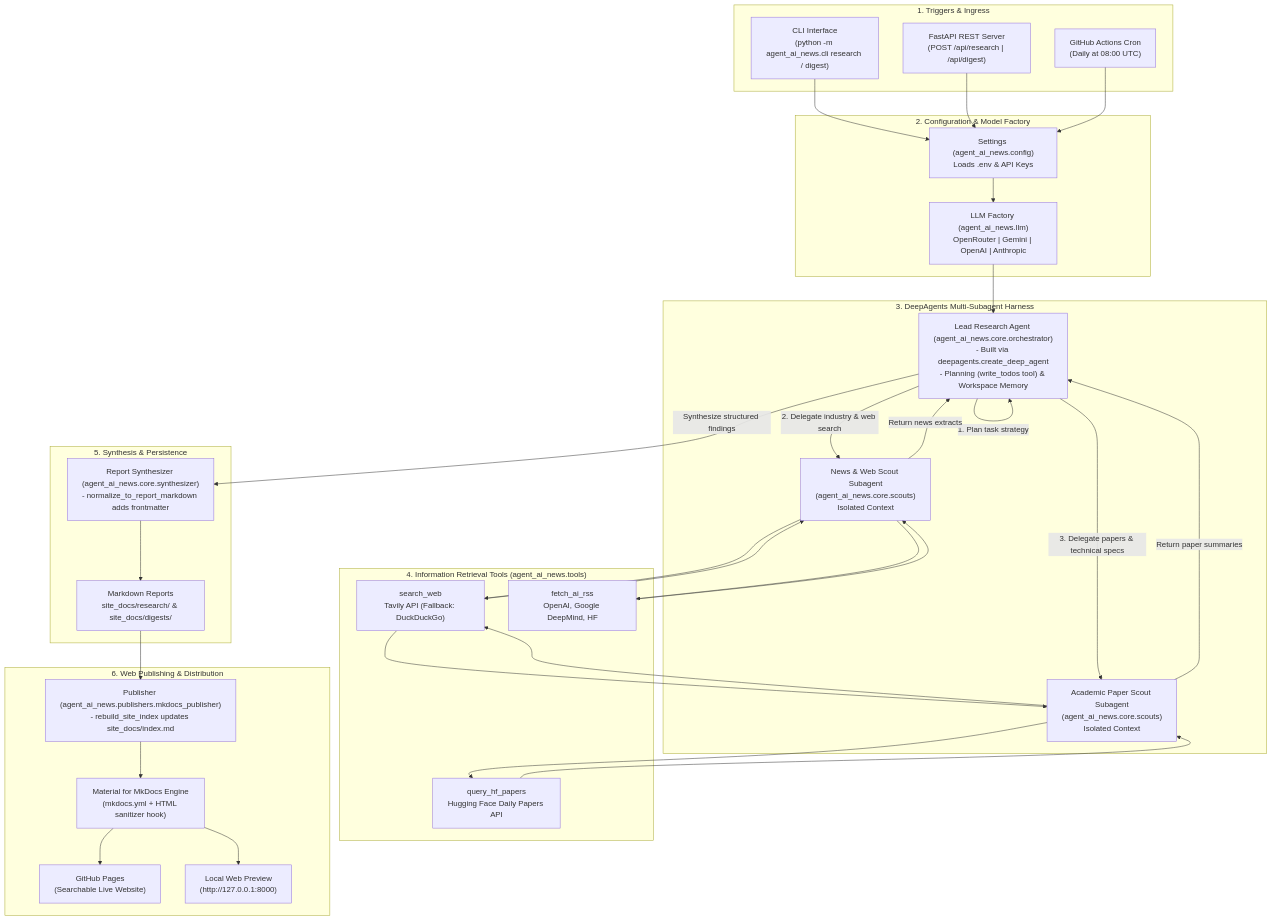
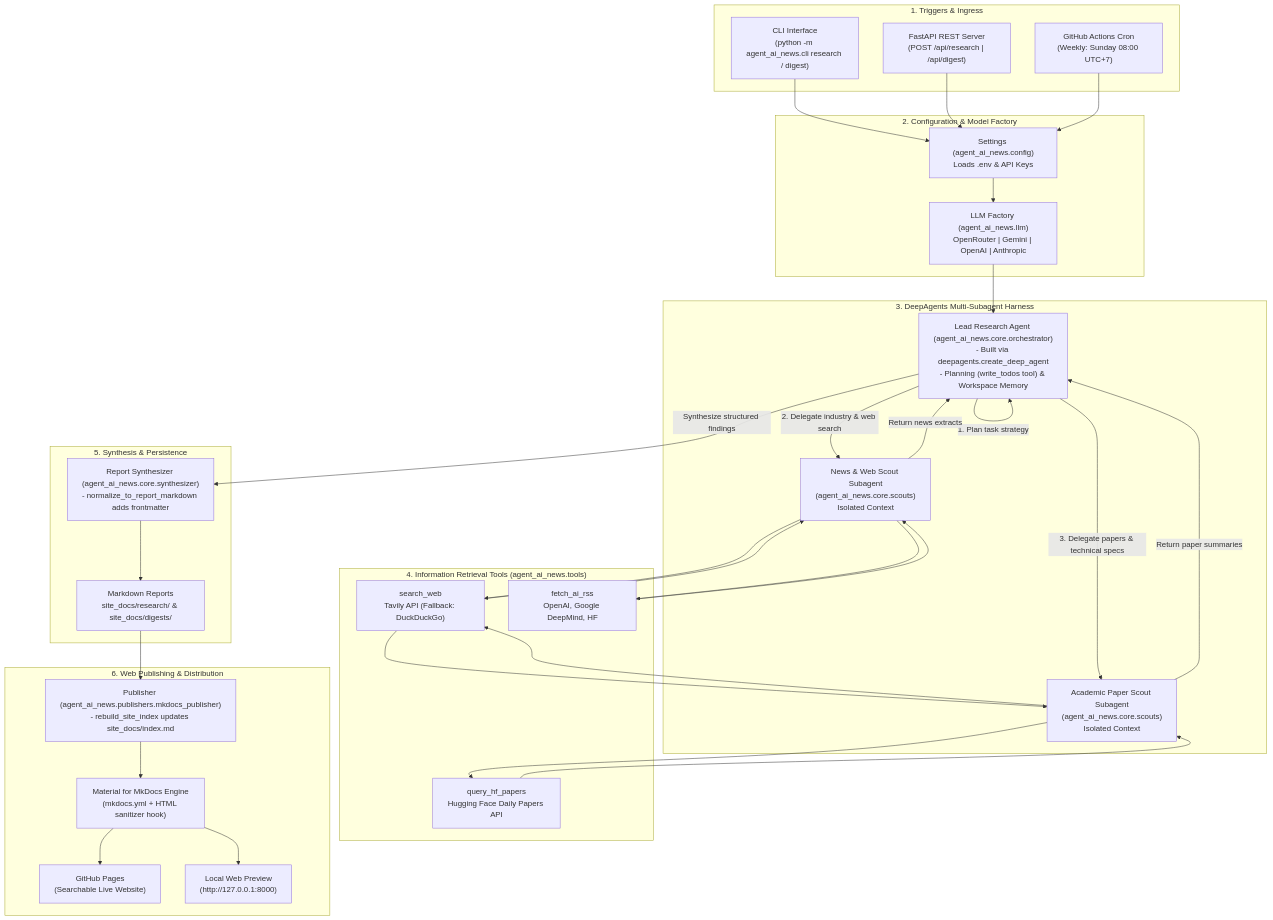
The diagram in README.md (mfrazi/agent-ai-news), drawn with Mermaid before and after one commit. The commit also changed other lines of this file and 5 other files, not shown here.

First line of the commit message:
ci: deploy site via Pages Actions, run digest weekly

````diff
--- a/README.md
+++ b/README.md
@@ -22,77 +22,77 @@
 ```mermaid
 flowchart TD
     %% INGRESS & TRIGGERS
     subgraph S1["1. Triggers & Ingress"]
         T_CLI["CLI Interface\n(python -m agent_ai_news.cli research / digest)"]
         T_API["FastAPI REST Server\n(POST /api/research | /api/digest)"]
-        T_CRON["GitHub Actions Cron\n(Daily at 08:00 UTC)"]
+        T_CRON["GitHub Actions Cron\n(Weekly: Sunday 08:00 UTC+7)"]
     end
 
     %% CONFIGURATION & MODEL RESOLUTION
     subgraph S2["2. Configuration & Model Factory"]
         CONFIG["Settings (agent_ai_news.config)\nLoads .env & API Keys"]
         LLM["LLM Factory (agent_ai_news.llm)\nOpenRouter | Gemini | OpenAI | Anthropic"]
     end
 
     %% ORCHESTRATION & SCOUTS
     subgraph S3["3. DeepAgents Multi-Subagent Harness"]
         ORCH["Lead Research Agent (agent_ai_news.core.orchestrator)\n- Built via deepagents.create_deep_agent\n- Planning (write_todos tool) & Workspace Memory"]
         
         SCOUT_NEWS["News & Web Scout Subagent\n(agent_ai_news.core.scouts)\nIsolated Context"]
         SCOUT_PAPER["Academic Paper Scout Subagent\n(agent_ai_news.core.scouts)\nIsolated Context"]
     end
 
     %% SOURCE TOOLS & CONNECTORS
     subgraph S4["4. Information Retrieval Tools (agent_ai_news.tools)"]
         TOOL_TAVILY["search_web\nTavily API (Fallback: DuckDuckGo)"]
         TOOL_RSS["fetch_ai_rss\nOpenAI, Google DeepMind, HF"]
         TOOL_HF["query_hf_papers\nHugging Face Daily Papers API"]
     end
 
     %% SYNTHESIS & STORAGE
     subgraph S5["5. Synthesis & Persistence"]
         SYNTH["Report Synthesizer (agent_ai_news.core.synthesizer)\n- normalize_to_report_markdown adds frontmatter"]
         REPORTS["Markdown Reports\nsite_docs/research/ & site_docs/digests/"]
     end
 
     %% WEB PUBLISHING & DEPLOYMENT
     subgraph S6["6. Web Publishing & Distribution"]
         PUB["Publisher (agent_ai_news.publishers.mkdocs_publisher)\n- rebuild_site_index updates site_docs/index.md"]
         MKDOCS["Material for MkDocs Engine\n(mkdocs.yml + HTML sanitizer hook)"]
         GH_PAGES["GitHub Pages\n(Searchable Live Website)"]
         LOCAL_SERVE["Local Web Preview\n(http://127.0.0.1:8000)"]
     end
 
     %% CONNECTIONS
     T_CLI --> CONFIG
     T_API --> CONFIG
     T_CRON --> CONFIG
     
     CONFIG --> LLM
     LLM --> ORCH
 
     ORCH -->|"1. Plan task strategy"| ORCH
     ORCH -->|"2. Delegate industry & web search"| SCOUT_NEWS
     ORCH -->|"3. Delegate papers & technical specs"| SCOUT_PAPER
 
     SCOUT_NEWS --> TOOL_TAVILY
     SCOUT_NEWS --> TOOL_RSS
     SCOUT_PAPER --> TOOL_TAVILY
     SCOUT_PAPER --> TOOL_HF
 
     TOOL_TAVILY --> SCOUT_NEWS
     TOOL_RSS --> SCOUT_NEWS
     TOOL_TAVILY --> SCOUT_PAPER
     TOOL_HF --> SCOUT_PAPER
 
     SCOUT_NEWS -->|"Return news extracts"| ORCH
     SCOUT_PAPER -->|"Return paper summaries"| ORCH
 
     ORCH -->|"Synthesize structured findings"| SYNTH
     SYNTH --> REPORTS
 
     REPORTS --> PUB
     PUB --> MKDOCS
     MKDOCS --> GH_PAGES
     MKDOCS --> LOCAL_SERVE
 ```
````
